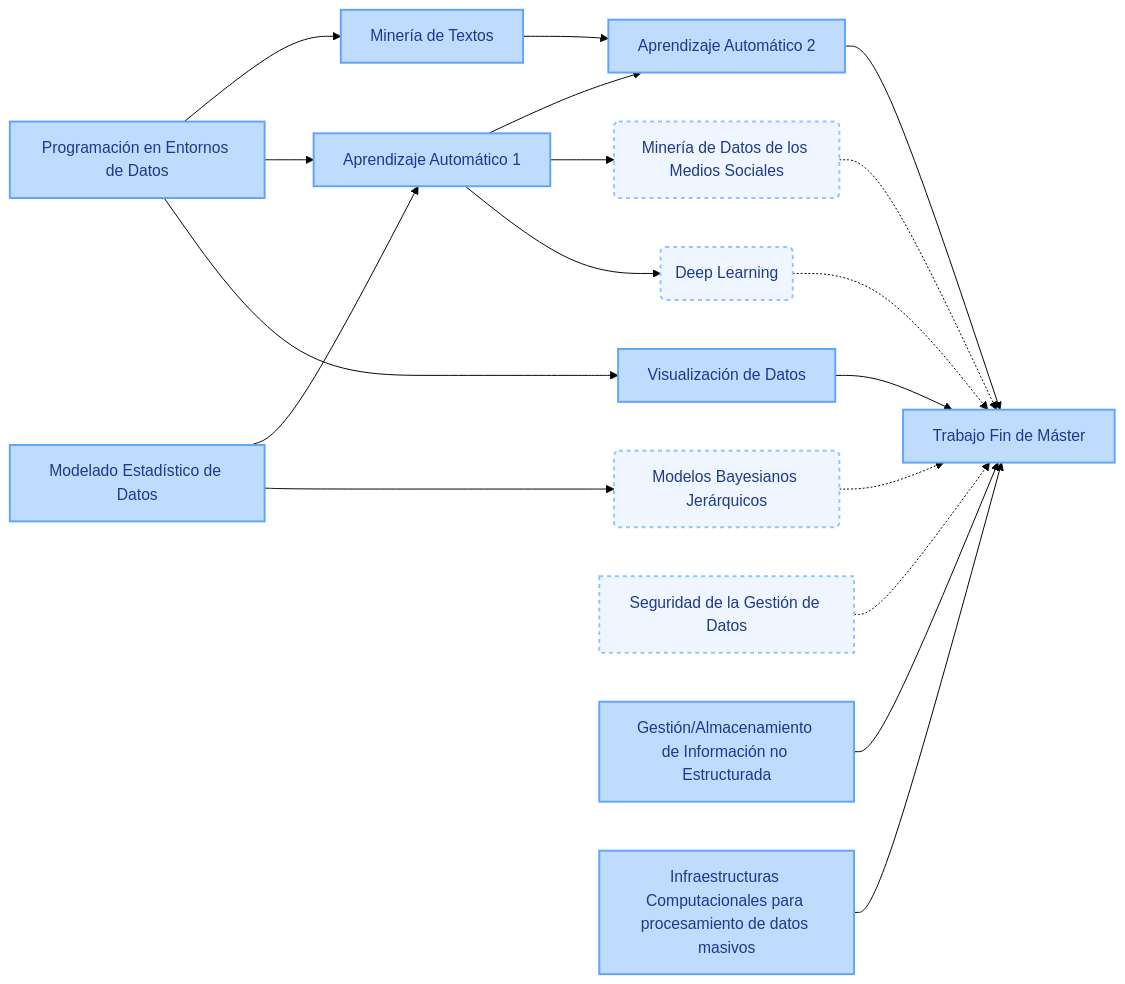
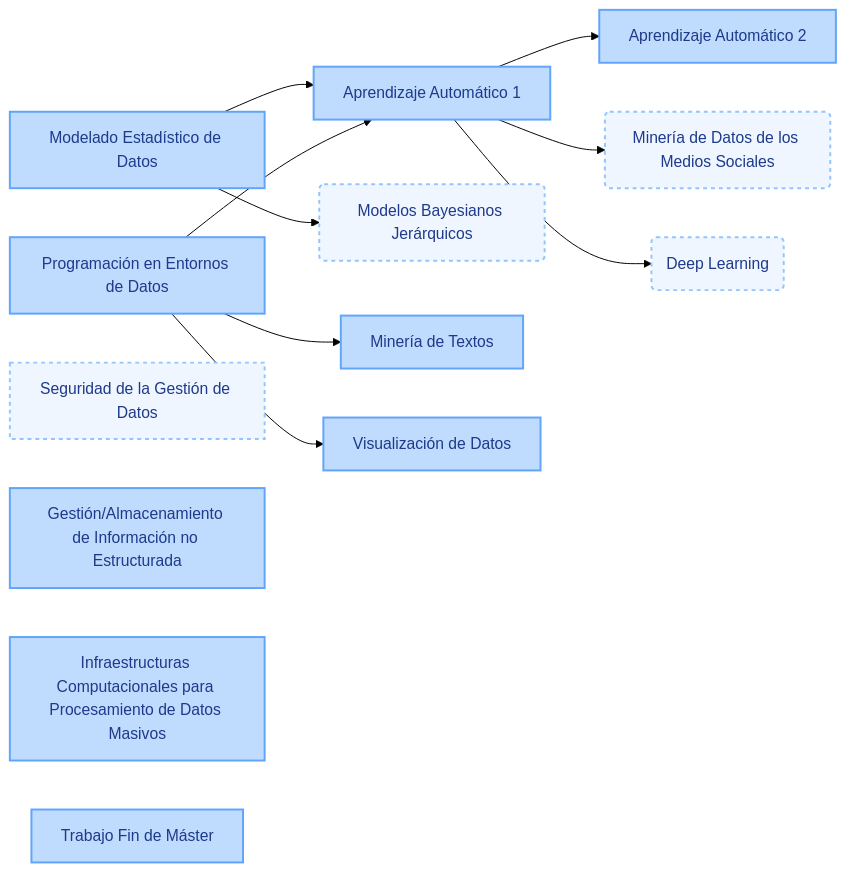
Before and after one commit to pmgallardo/apuntes-muicd-uned: the diagram in master/README.md, drawn with Mermaid (forest theme).

Commit message:
Dependencias asignaturas

````diff
--- a/master/README.md
+++ b/master/README.md
@@ -47,27 +47,21 @@
 ```mermaid
 graph LR
    MED[Modelado Estadístico de Datos] --> AAI[Aprendizaje Automático 1]
    MED --> MBJ(Modelos Bayesianos Jerárquicos)
    PED[Programación en Entornos de Datos] --> MT[Minería de Textos]
    PED --> AAI
    PED --> VD[Visualización de Datos]
    AAI --> AAII[Aprendizaje Automático 2]
    AAI --> MDMS(Minería de Datos de los Medios Sociales)
    AAI --> DL(Deep Learning)
    SGD[Seguridad de la Gestión de Datos]
-   GAINE[Gestión/Almacenamiento de Información no Estructurada] --> TFM[Trabajo Fin de Máster]
-   ICPDM[Infraestructuras Computacionales para procesamiento de datos masivos] --> TFM
-   AAII --> TFM
-   MT --> AAII
-   VD --> TFM
-   DL -.-> TFM
-   MBJ -.-> TFM
-   MDMS -.-> TFM
-   SGD -.-> TFM
+   GAINE[Gestión/Almacenamiento de Información no Estructurada]
+   ICPDM[Infraestructuras Computacionales para Procesamiento de Datos Masivos]
+   TFM[Trabajo Fin de Máster]
 
   classDef obligatoria fill:#bfdbfe,color:#1e3a8a,stroke:#60a5fa,stroke-width:2px;
   classDef optativa fill:#eff6ff,color:#1e3a8a,stroke:#93c5fd,stroke-width:2px,stroke-dasharray: 4 4;
     
   class DL,MBJ,MDMS,SGD optativa;
   class AAI,AAII,GAINE,ICPDM,MED,MT,PED,TFM,VD obligatoria;
 ```
````
